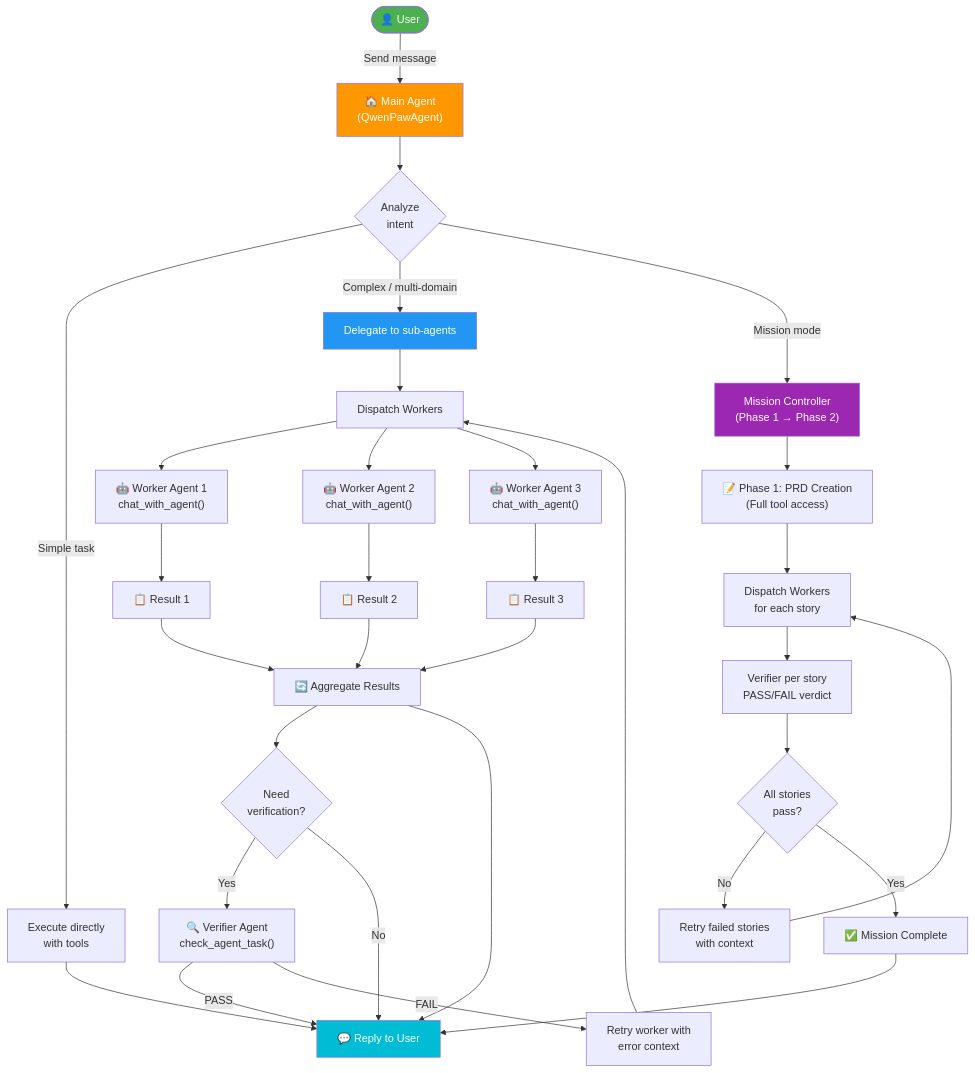
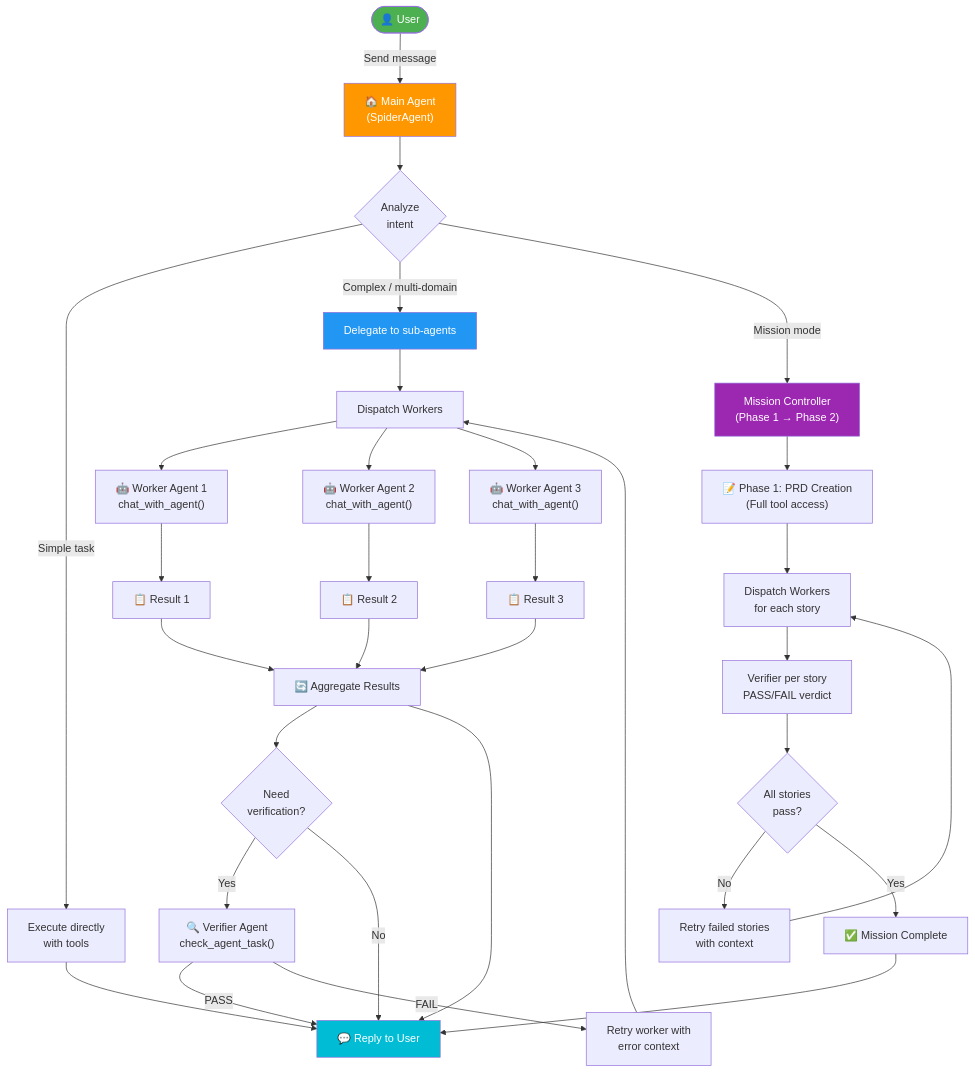
Before and after one commit to phamdinhdat-ai/SpiderAgents: the first of 9 diagrams in docs/15-agent-flows.md, drawn with Mermaid. The commit also changed other lines of this file and 37 other files, not shown here.

````diff
--- a/docs/15-agent-flows.md
+++ b/docs/15-agent-flows.md
@@ -9,48 +9,48 @@
 ```mermaid
 flowchart TD
-    USER(["👤 User"]) -->|"Send message"| MAIN["🏠 Main Agent<br/>(QwenPawAgent)"]
+    USER(["👤 User"]) -->|"Send message"| MAIN["🏠 Main Agent<br/>(SpiderAgent)"]
     
     MAIN --> ANALYZE{"Analyze<br/>intent"}
     ANALYZE -->|"Simple task"| DIRECT["Execute directly<br/>with tools"]
     ANALYZE -->|"Complex / multi-domain"| DELEGATE["Delegate to sub-agents"]
     ANALYZE -->|"Mission mode"| MISSION["Mission Controller<br/>(Phase 1 → Phase 2)"]
     
     DELEGATE --> DISPATCH["Dispatch Workers"]
     DISPATCH --> W1["🤖 Worker Agent 1<br/>chat_with_agent()"]
     DISPATCH --> W2["🤖 Worker Agent 2<br/>chat_with_agent()"]
     DISPATCH --> W3["🤖 Worker Agent 3<br/>chat_with_agent()"]
     
     W1 --> RESULT1["📋 Result 1"]
     W2 --> RESULT2["📋 Result 2"]
     W3 --> RESULT3["📋 Result 3"]
     
     RESULT1 --> AGGREGATE["🔄 Aggregate Results"]
     RESULT2 --> AGGREGATE
     RESULT3 --> AGGREGATE
     
     AGGREGATE --> VERIFY{"Need<br/>verification?"}
     VERIFY -->|Yes| VERIFIER["🔍 Verifier Agent<br/>check_agent_task()"]
     VERIFY -->|No| REPLY
     
     VERIFIER -->|PASS| REPLY
     VERIFIER -->|FAIL| RETRY["Retry worker with<br/>error context"]
     RETRY --> DISPATCH
     
     MISSION --> M_PHASE1["📝 Phase 1: PRD Creation<br/>(Full tool access)"]
     M_PHASE1 --> M_WORKERS["Dispatch Workers<br/>for each story"]
     M_WORKERS --> M_VERIFY["Verifier per story<br/>PASS/FAIL verdict"]
     M_VERIFY --> M_CHECK{"All stories<br/>pass?"}
     M_CHECK -->|No| M_RETRY["Retry failed stories<br/>with context"]
     M_RETRY --> M_WORKERS
     M_CHECK -->|Yes| M_DONE["✅ Mission Complete"]
     
     DIRECT --> REPLY["💬 Reply to User"]
     AGGREGATE --> REPLY
     M_DONE --> REPLY
 
     style USER fill:#4CAF50,color:#fff
     style MAIN fill:#FF9800,color:#fff
     style DELEGATE fill:#2196F3,color:#fff
     style MISSION fill:#9C27B0,color:#fff
     style REPLY fill:#00BCD4,color:#fff
 ```
````
